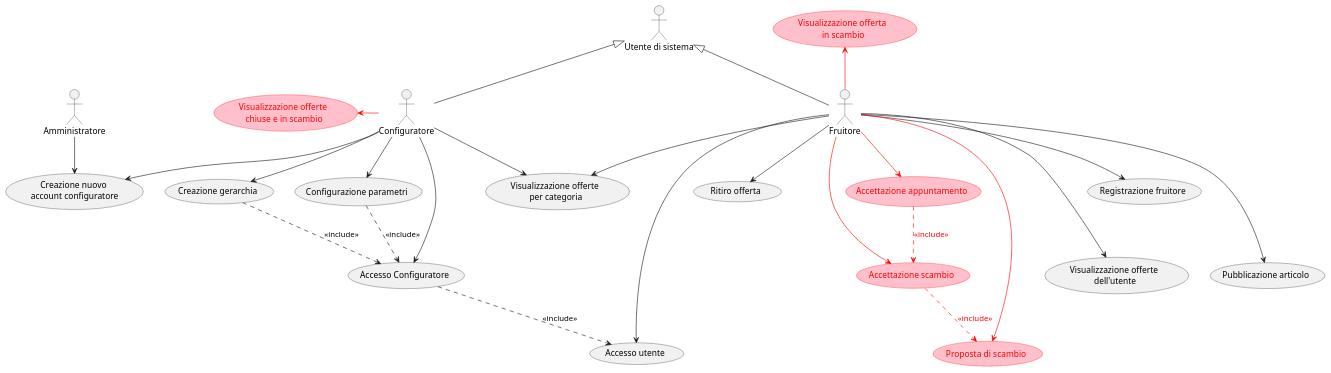
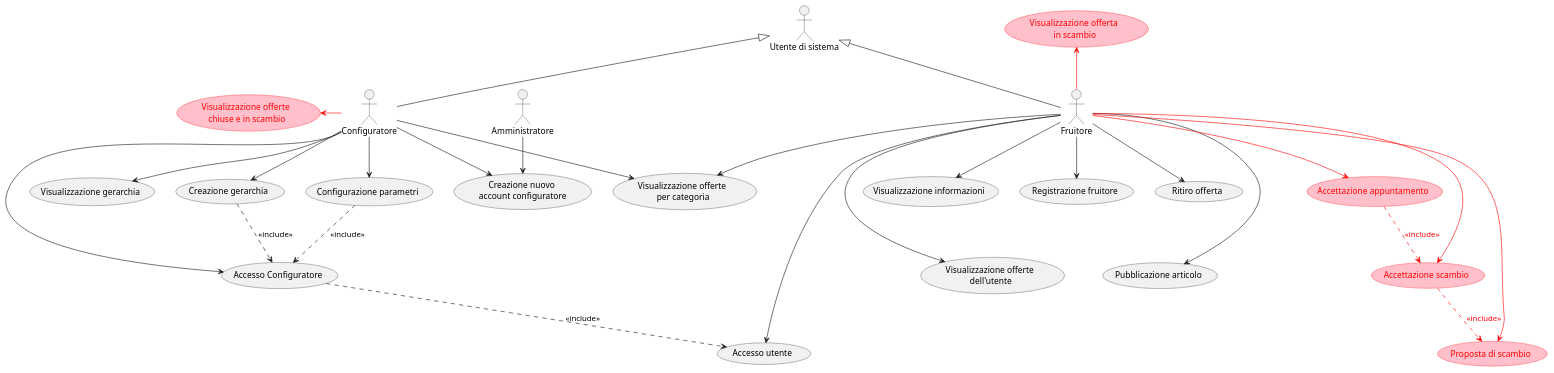
One commit to Matlice/ing_sw_2022 changed the diagram in DOC/VER4/diagrams/use_case/version_4.puml. Above: the diagram before and after it, drawn with PlantUML. The commit also changed 10 other files, not shown here.

```diff
--- a/DOC/VER4/diagrams/use_case/version_4.puml
+++ b/DOC/VER4/diagrams/use_case/version_4.puml
@@ -1,61 +1,64 @@
 @startuml
 
 :Utente di sistema: as user
 :Configuratore: as conf
 :Amministratore: as adm
 
 conf -up-|> user
 conf --> (Accesso Configuratore)
 conf --> (Creazione gerarchia)
 
 adm --> (Creazione nuovo \naccount configuratore)
 conf --> (Creazione nuovo \naccount configuratore)
+conf --> (Visualizzazione gerarchia)
 
 (Accesso Configuratore) ..> (Accesso utente): <<include>>
 (Creazione gerarchia) ..> (Accesso Configuratore): <<include>>
 
 :Fruitore: as fruit
 
 fruit -up-|> user
 
 (Configurazione parametri)
 (Registrazione fruitore)
 
 conf --> (Configurazione parametri)
+fruit --> (Visualizzazione informazioni)
 fruit --> (Registrazione fruitore)
 fruit --> (Accesso utente)
 (Configurazione parametri) ..> (Accesso Configuratore) : <<include>>
 
 fruit --> (Pubblicazione articolo)
 fruit --> (Ritiro offerta)
 fruit --> (Visualizzazione offerte \nper categoria)
 conf --> (Visualizzazione offerte \nper categoria)
 fruit --> (Visualizzazione offerte \ndell'utente)
 
 
 'VERSIONE 4 ==========================================
 
 (Proposta di scambio) #pink;line:red;text:red
 (Accettazione scambio) #pink;line:red;text:red
 (Accettazione appuntamento) #pink;line:red;text:red
 (Visualizzazione offerta \nin scambio) #pink;line:red;text:red
 (Visualizzazione offerte \nchiuse e in scambio) #pink;line:red;text:red
 
 fruit --> (Proposta di scambio) #red;text:red
 fruit --> (Accettazione scambio) #red;text:red
 fruit --> (Accettazione appuntamento) #red;text:red
 fruit -up-> (Visualizzazione offerta \nin scambio) #red;text:red
 conf -left-> (Visualizzazione offerte \nchiuse e in scambio) #red;text:red
 
 (Accettazione appuntamento) ..> (Accettazione scambio) #red;text:red : <<include>>
 (Accettazione scambio) ..> (Proposta di scambio) #red;text:red : <<include>>
 
 '(Visualizzazione offerte \nchiuse e in scambio) -[hidden]- (Visualizzazione offerte \nper categoria)
 (Registrazione fruitore) -[hidden]- (Pubblicazione articolo)
 '(Pubblicazione articolo) -[hidden]- (Ritiro offerta)
 '(Accettazione appuntamento) -[hidden]- (Ritiro offerta)
 (Registrazione fruitore) -[hidden]- (Visualizzazione offerte \ndell'utente)
 '(Accettazione appuntamento) -[hidden]- (Visualizzazione offerte \ndell'utente)
 '(Visualizzazione offerte \nchiuse e in scambio) -[hidden]- (Visualizzazione offerte \nper categoria)
+'(Visualizzazione gerarchia) -[hidden]- (Creazione nuovo \naccount configuratore)
 
 @enduml
```
